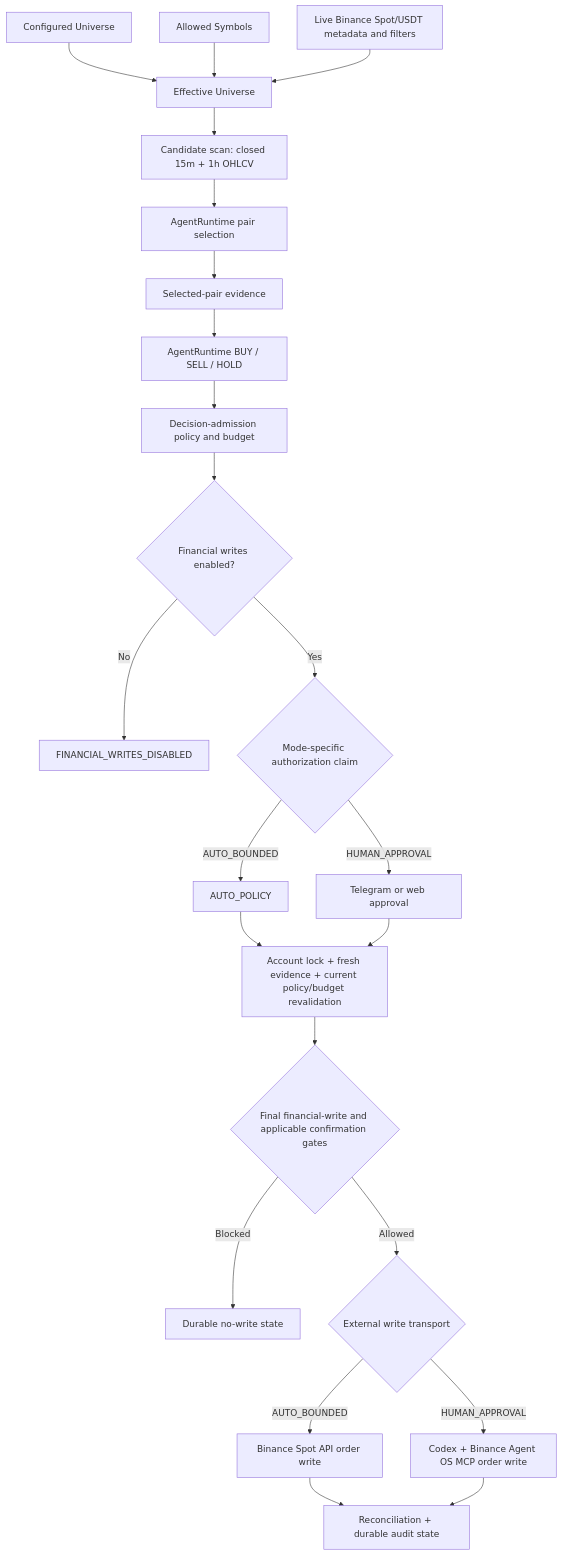
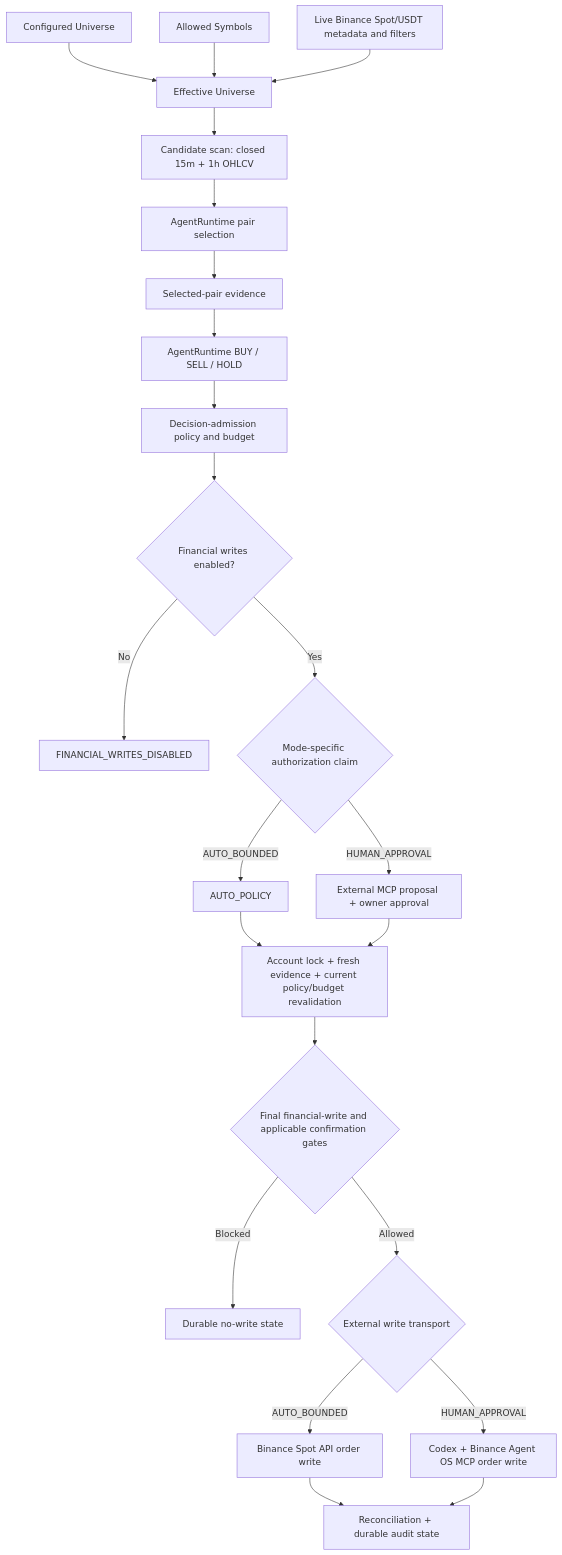
The diagram in docs/ARCHITECTURE.md (riyannode/DARWIN), drawn with Mermaid before and after one commit. The commit also changed other lines of this file and 29 other files, not shown here.

First line of the commit message:
feat: add MCP-native HUMAN_APPROVAL control plane (#10)

````diff
--- a/docs/ARCHITECTURE.md
+++ b/docs/ARCHITECTURE.md
@@ -16,25 +16,25 @@
 ```mermaid
 flowchart TD
     C[Configured Universe] --> E[Effective Universe]
     A[Allowed Symbols] --> E
     B[Live Binance Spot/USDT metadata and filters] --> E
     E --> S[Candidate scan: closed 15m + 1h OHLCV]
     S --> P[AgentRuntime pair selection]
     P --> D[Selected-pair evidence]
     D --> M[AgentRuntime BUY / SELL / HOLD]
     M --> G[Decision-admission policy and budget]
     G --> W{Financial writes enabled?}
     W -->|No| N[FINANCIAL_WRITES_DISABLED]
     W -->|Yes| X{Mode-specific authorization claim}
     X -->|AUTO_BOUNDED| AA[AUTO_POLICY]
-    X -->|HUMAN_APPROVAL| HA[Telegram or web approval]
+    X -->|HUMAN_APPROVAL| HA[External MCP proposal + owner approval]
     AA --> Q[Account lock + fresh evidence + current policy/budget revalidation]
     HA --> Q
     Q --> F{Final financial-write and applicable confirmation gates}
     F -->|Blocked| K[Durable no-write state]
     F -->|Allowed| T{External write transport}
     T -->|AUTO_BOUNDED| R[Binance Spot API order write]
     T -->|HUMAN_APPROVAL| H[Codex + Binance Agent OS MCP order write]
     R --> J[Reconciliation + durable audit state]
     H --> J
 ```
````
